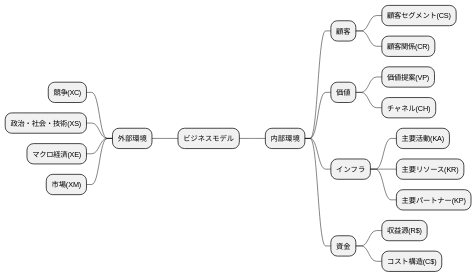
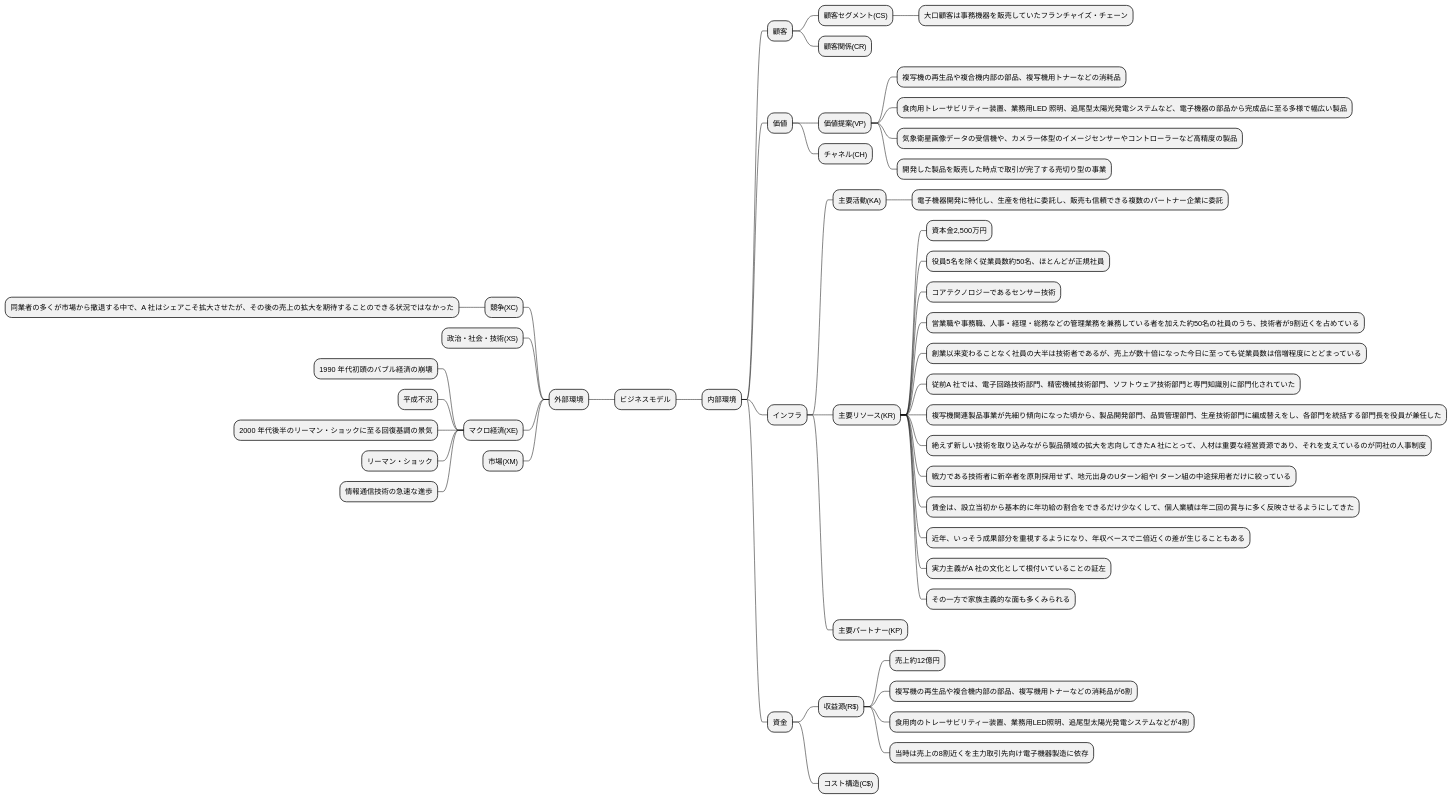
Before and after one commit to k2works/requirements_definition_excercise: the second of 12 diagrams in docs/H30/study/study_1_take01.md, drawn with PlantUML. The commit also changed other lines of this file and 3 other files, not shown here.

````diff
--- a/docs/H30/study/study_1_take01.md
+++ b/docs/H30/study/study_1_take01.md
@@ -43,24 +51,53 @@
 ```plantuml
 @startmindmap
 * ビジネスモデル
 -- 外部環境
 --- 競争(XC)
+---- 同業者の多くが市場から撤退する中で、A 社はシェアこそ拡大させたが、その後の売上の拡大を期待することのできる状況ではなかった
 --- 政治・社会・技術(XS)
 --- マクロ経済(XE)
+---- 1990 年代初頭のバブル経済の崩壊
+---- 平成不況
+---- 2000 年代後半のリーマン・ショックに至る回復基調の景気
+---- リーマン・ショック
+---- 情報通信技術の急速な進歩
 --- 市場(XM)
 ** 内部環境
 *** 顧客
 **** 顧客セグメント(CS)
+***** 大口顧客は事務機器を販売していたフランチャイズ・チェーン
 **** 顧客関係(CR)
 *** 価値
 **** 価値提案(VP)
+***** 複写機の再生品や複合機内部の部品、複写機用トナーなどの消耗品
+***** 食肉用トレーサビリティー装置、業務用LED 照明、追尾型太陽光発電システムなど、電子機器の部品から完成品に至る多様で幅広い製品
+***** 気象衛星画像データの受信機や、カメラ一体型のイメージセンサーやコントローラーなど高精度の製品
+***** 開発した製品を販売した時点で取引が完了する売切り型の事業
 **** チャネル(CH)
 *** インフラ
 **** 主要活動(KA)
+***** 電子機器開発に特化し、生産を他社に委託し、販売も信頼できる複数のパートナー企業に委託
 **** 主要リソース(KR)
+***** 資本金2,500万円
+***** 役員5名を除く従業員数約50名、ほとんどが正規社員
+***** コアテクノロジーであるセンサー技術
+***** 営業職や事務職、人事・経理・総務などの管理業務を兼務している者を加えた約50名の社員のうち、技術者が9割近くを占めている
+***** 創業以来変わることなく社員の大半は技術者であるが、売上が数十倍になった今日に至っても従業員数は倍増程度にとどまっている
+***** 従前A 社では、電子回路技術部門、精密機械技術部門、ソフトウェア技術部門と専門知識別に部門化されていた
+***** 複写機関連製品事業が先細り傾向になった頃から、製品開発部門、品質管理部門、生産技術部門に編成替えをし、各部門を統括する部門長を役員が兼任した
+***** 絶えず新しい技術を取り込みながら製品領域の拡大を志向してきたA 社にとって、人材は重要な経営資源であり、それを支えているのが同社の人事制度
+***** 戦力である技術者に新卒者を原則採用せず、地元出身のUターン組やI ターン組の中途採用者だけに絞っている
+***** 賃金は、設立当初から基本的に年功給の割合をできるだけ少なくして、個人業績は年二回の賞与に多く反映させるようにしてきた
+***** 近年、いっそう成果部分を重視するようになり、年収ベースで二倍近くの差が生じることもある
+***** 実力主義がA 社の文化として根付いていることの証左
+***** その一方で家族主義的な面も多くみられる
 **** 主要パートナー(KP)
 *** 資金
 **** 収益源(R$)
+***** 売上約12億円
+***** 複写機の再生品や複合機内部の部品、複写機用トナーなどの消耗品が6割
+***** 食用肉のトレーサビリティー装置、業務用LED照明、追尾型太陽光発電システムなどが4割
+***** 当時は売上の8割近くを主力取引先向け電子機器製造に依存
 **** コスト構造(C$)
 @endmindmap
 ```
````
